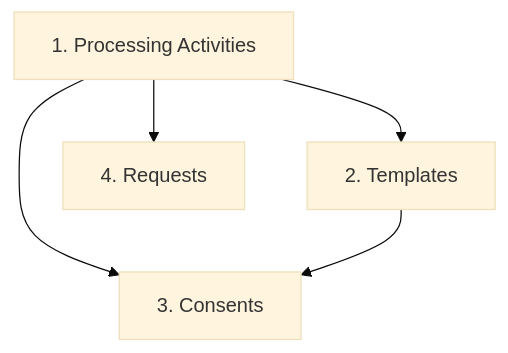
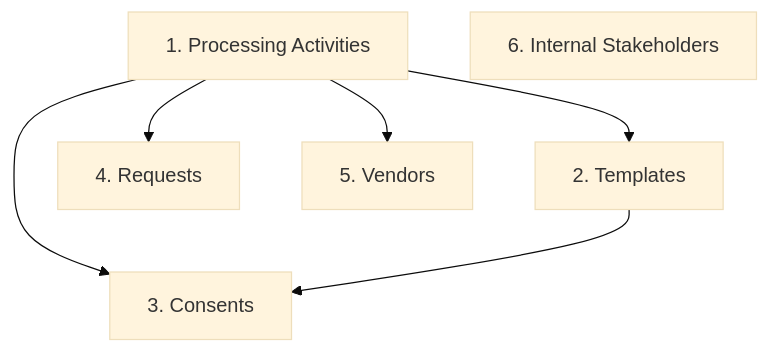
Before and after one commit to yashaswidpdp/migrations: the diagram in README.md, drawn with Mermaid (base theme). The commit also changed other lines of this file and 5 other files, not shown here.

````diff
--- a/README.md
+++ b/README.md
@@ -48,7 +52,9 @@
 ```mermaid
 graph TD
     PA["1. Processing Activities"] --> T["2. Templates"]
     PA --> C["3. Consents"]
     T --> C
     PA --> R["4. Requests"]
+    PA --> V["5. Vendors"]
+    S["6. Internal Stakeholders"]
 ```
````
